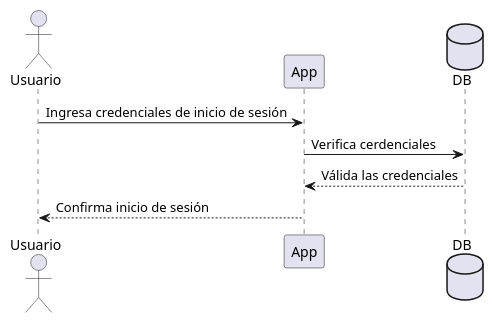
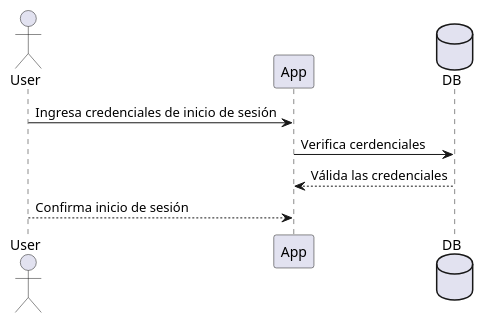
Before and after one commit to Arquisoft/wiq_es6b: the second of 3 diagrams in docs/src/06_runtime_view.adoc, drawn with PlantUML. The commit also changed other lines of this file, not shown here.

Commit message:
Corrección diagramas sección 6

```diff
--- a/docs/src/06_runtime_view.adoc
+++ b/docs/src/06_runtime_view.adoc
@@ -24,11 +24,11 @@
 [plantuml,"Sequence diagram",png]
 ----
-actor Usuario
+actor User
 participant App
 database DB
 
-Usuario -> App: Ingresa credenciales de inicio de sesión
+User -> App: Ingresa credenciales de inicio de sesión
 App -> DB: Verifica cerdenciales
-DB --> App: Válida las credenciales
-App --> Usuario: Confirma inicio de sesión
+App <-- DB: Válida las credenciales
+User --> App:  Confirma inicio de sesión
 ----
```
